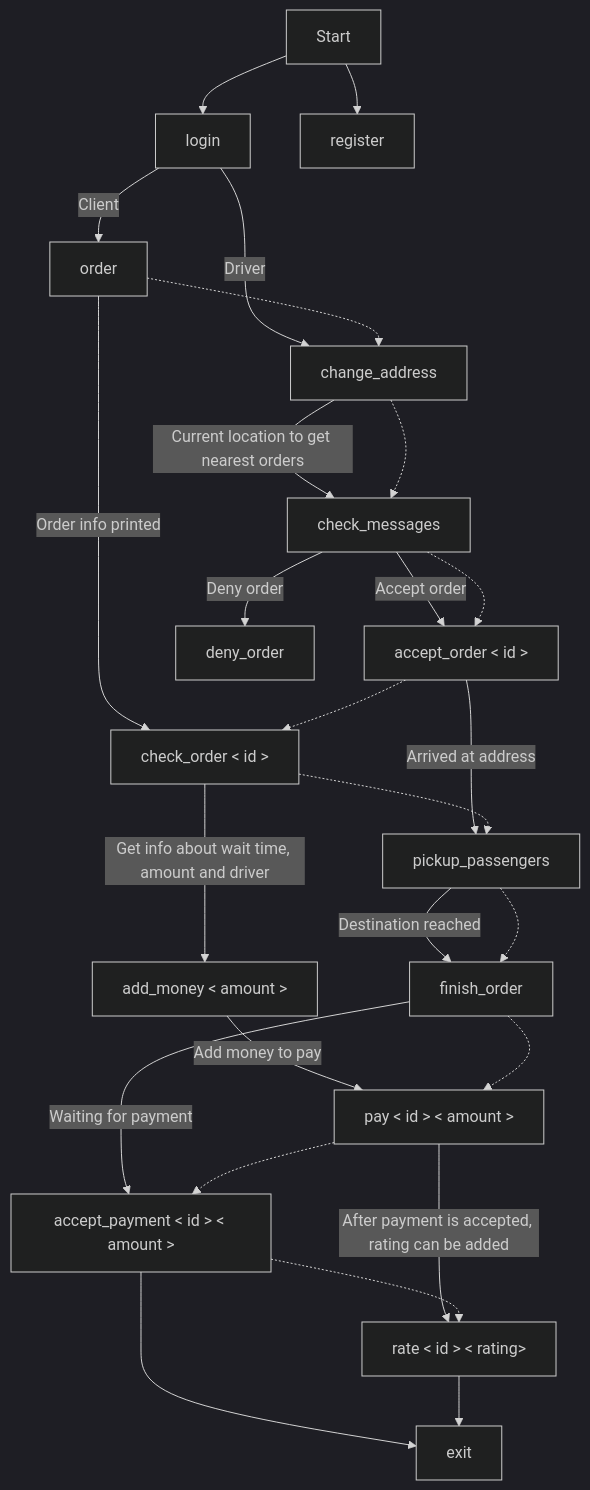
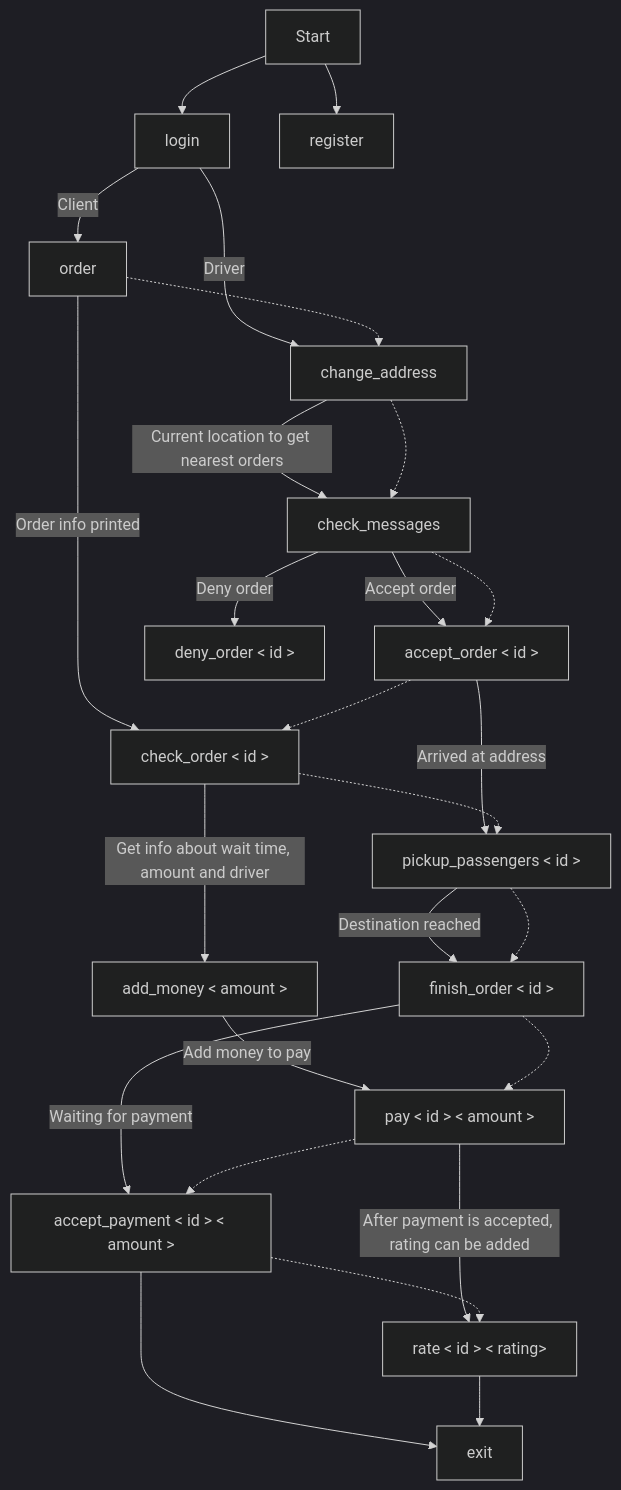
Before and after one commit to georgi-m-iliev/TermProject_Uber: the diagram in README.md, drawn with Mermaid (dark theme).

Commit message:
Fixes to Readme

````diff
--- a/README.md
+++ b/README.md
@@ -44,13 +44,13 @@
 ```mermaid
 flowchart TB
     A[Start] --> B[login] & B2[register]
     B --Driver--> C[change_address];
     B --Client--> D[order];
     D --Order info printed--> E[check_order < id >] --Get info about wait time, amount and driver--> J[add_money < amount >] --Add money to pay--> M[pay < id > < amount >] --After payment is accepted, rating can be added--> N[rate < id > < rating>];
-    C --Current location to get nearest orders--> F[check_messages] --Accept order--> G[accept_order < id >] --Arrived at address--> H[pickup_passengers] --Destination reached--> I[finish_order] --Waiting for payment--> K[accept_payment < id > < amount >];
-    F --Deny order--> L[deny_order];
+    C --Current location to get nearest orders--> F[check_messages] --Accept order--> G[accept_order < id >] --Arrived at address--> H[pickup_passengers < id >] --Destination reached--> I[finish_order < id >] --Waiting for payment--> K[accept_payment < id > < amount >];
+    F --Deny order--> L[deny_order < id >];
     
     D -.-> C -.-> F -.-> G -.-> E -.-> H -.-> I -.-> M -.-> K -.-> N;
 
     K & N --> X[exit]
 ```
````
